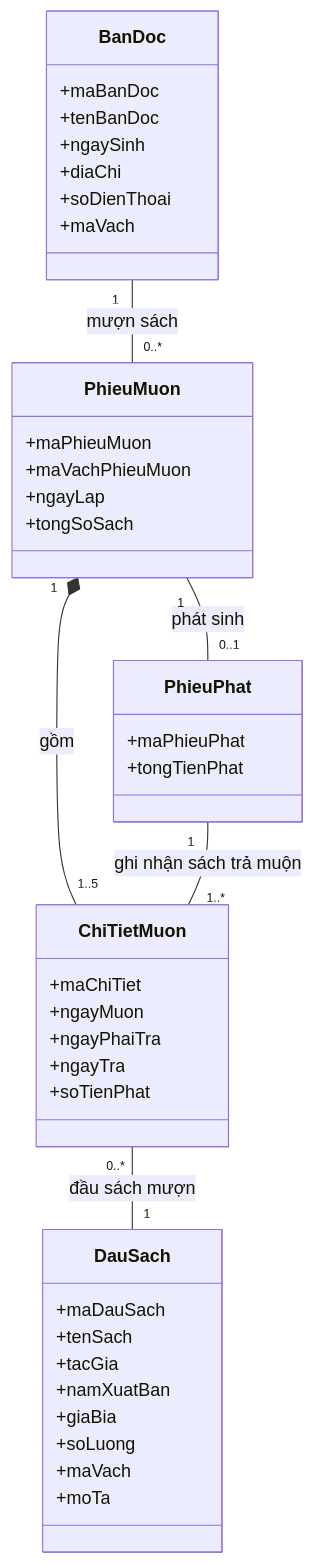
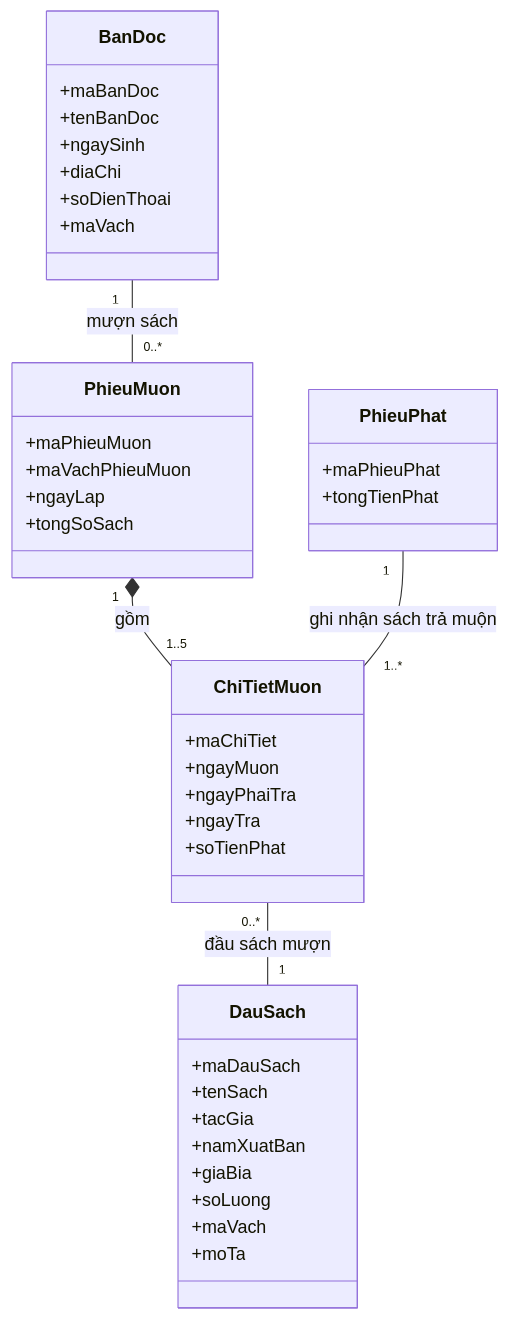
Before and after one commit to AnhLM027/NMCNPM_Final: the diagram in ChuDe_01_QuanLyThuVien/Class_Diagram.mmd, drawn with Mermaid. The commit also changed 18 other files, not shown here.

```diff
--- a/ChuDe_01_QuanLyThuVien/Class_Diagram.mmd
+++ b/ChuDe_01_QuanLyThuVien/Class_Diagram.mmd
@@ -1,46 +1,45 @@
 classDiagram
     class BanDoc {
         +maBanDoc
         +tenBanDoc
         +ngaySinh
         +diaChi
         +soDienThoai
         +maVach
     }
 
     class DauSach {
         +maDauSach
         +tenSach
         +tacGia
         +namXuatBan
         +giaBia
         +soLuong
         +maVach
         +moTa
     }
 
     class PhieuMuon {
         +maPhieuMuon
         +maVachPhieuMuon
         +ngayLap
         +tongSoSach
     }
 
     class ChiTietMuon {
         +maChiTiet
         +ngayMuon
         +ngayPhaiTra
         +ngayTra
         +soTienPhat
     }
 
     class PhieuPhat {
         +maPhieuPhat
         +tongTienPhat
     }
 
     BanDoc "1" -- "0..*" PhieuMuon : mượn sách
     PhieuMuon "1" *-- "1..5" ChiTietMuon : gồm
     ChiTietMuon "0..*" -- "1" DauSach : đầu sách mượn
-    PhieuMuon "1" -- "0..1" PhieuPhat : phát sinh
     PhieuPhat "1" -- "1..*" ChiTietMuon : ghi nhận sách trả muộn
```
